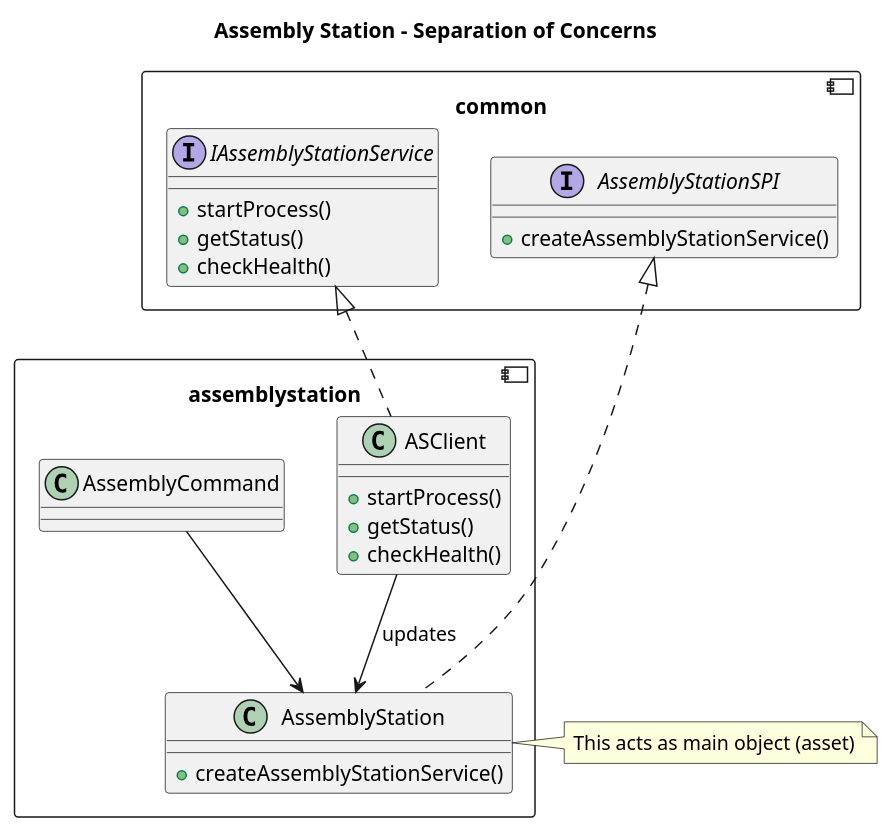
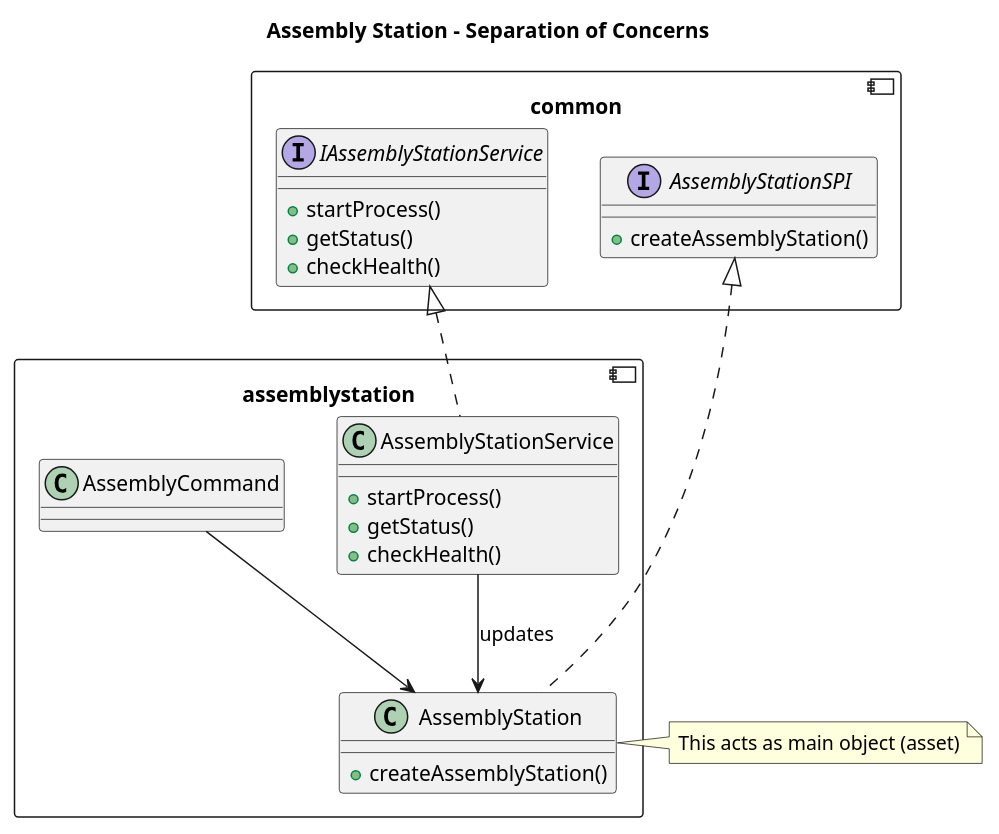
Before and after one commit to rasmusgrowup/bobbyprod: the diagram in diagrams/assembly soc.puml, drawn with PlantUML. The commit also changed 2 other files, not shown here.

Commit message:
Diagrams for report refactor

```diff
--- a/diagrams/assembly soc.puml
+++ b/diagrams/assembly soc.puml
@@ -1,37 +1,37 @@
 @startuml
 title "Assembly Station - Separation of Concerns"
 component common {
     interface AssemblyStationSPI {
-        +createAssemblyStationService()
+        +createAssemblyStation()
     }
     interface IAssemblyStationService {
         +startProcess()
         +getStatus()
         +checkHealth()
     }
 }
 
 component assemblystation {
-    class ASClient {
+    class AssemblyStationService {
             +startProcess()
             +getStatus()
             +checkHealth()
     }
 
     class AssemblyCommand {
     }
 
     class AssemblyStation {
-    +createAssemblyStationService()
+    +createAssemblyStation()
     }
 }
     note right of AssemblyStation
         This acts as main object (asset)
     end note
 
 AssemblyStationSPI <|.. AssemblyStation
-IAssemblyStationService <|.. ASClient
+IAssemblyStationService <|.. AssemblyStationService
 
 AssemblyCommand --> AssemblyStation
-ASClient --> AssemblyStation : updates
+AssemblyStationService --> AssemblyStation : updates
 @enduml
```
